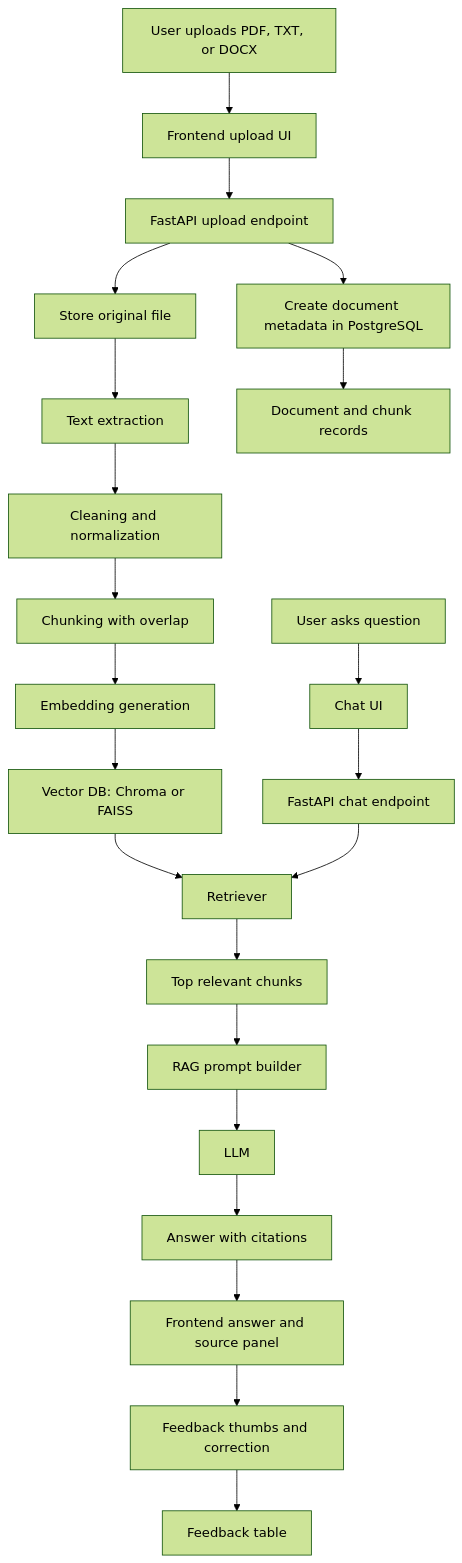
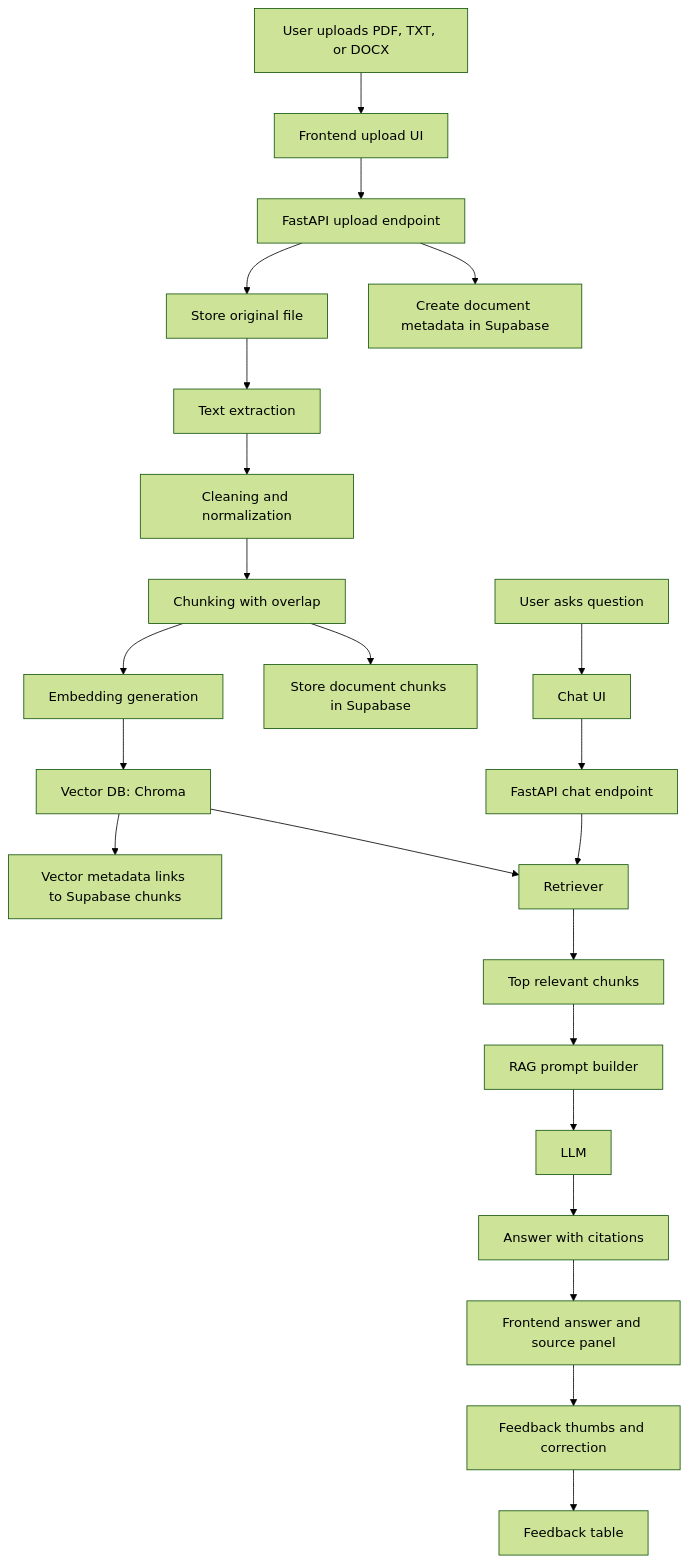
Before and after one commit to workagrimag186-max/Averion.ai: the diagram in docs/PROJECT_PLAN.md, drawn with Mermaid (forest theme). The commit also changed other lines of this file and 2 other files, not shown here.

Commit message:
Update issue plan after Supabase milestone

````diff
--- a/docs/PROJECT_PLAN.md
+++ b/docs/PROJECT_PLAN.md
@@ -109,24 +109,25 @@
 ```mermaid
 flowchart TD
     A["User uploads PDF, TXT, or DOCX"] --> B["Frontend upload UI"]
     B --> C["FastAPI upload endpoint"]
     C --> D["Store original file"]
-    C --> E["Create document metadata in PostgreSQL"]
+    C --> E["Create document metadata in Supabase"]
     D --> F["Text extraction"]
     F --> G["Cleaning and normalization"]
     G --> H["Chunking with overlap"]
     H --> I["Embedding generation"]
-    I --> J["Vector DB: Chroma or FAISS"]
-    E --> K["Document and chunk records"]
+    H --> K["Store document chunks in Supabase"]
+    I --> J["Vector DB: Chroma"]
+    J --> X["Vector metadata links to Supabase chunks"]
     J --> L["Retriever"]
     M["User asks question"] --> N["Chat UI"]
     N --> O["FastAPI chat endpoint"]
     O --> L
     L --> P["Top relevant chunks"]
     P --> Q["RAG prompt builder"]
     Q --> R["LLM"]
     R --> S["Answer with citations"]
     S --> T["Frontend answer and source panel"]
     T --> U["Feedback thumbs and correction"]
     U --> V["Feedback table"]
 ```
````
